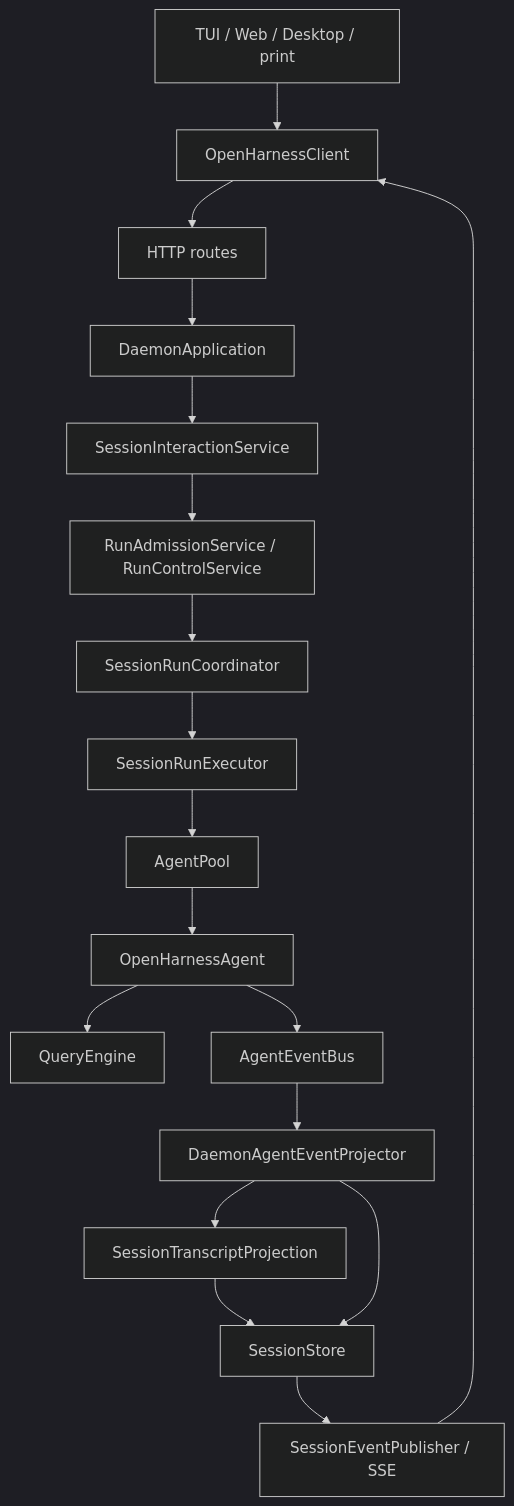
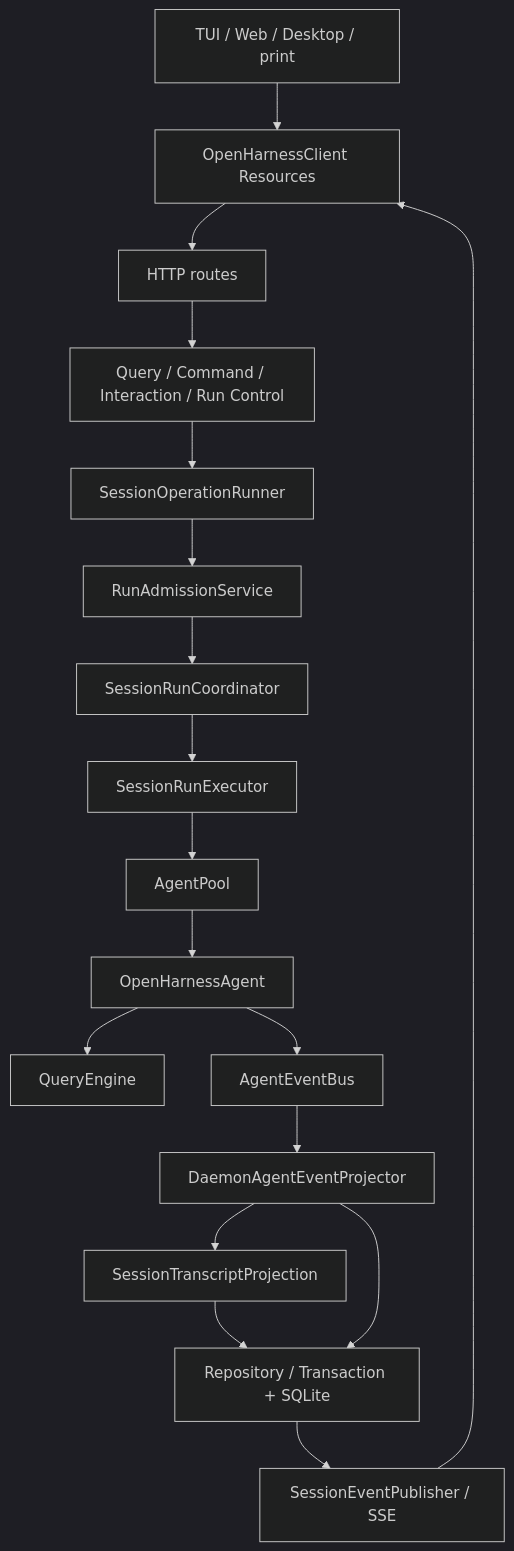
The first of 4 diagrams in docs/daemon-application-architecture.md (rzx007/Vykor), drawn with Mermaid (dark theme) before and after one commit. The commit also changed other lines of this file and 6 other files, not shown here.

````diff
--- a/docs/daemon-application-architecture.md
+++ b/docs/daemon-application-architecture.md
@@ -17,24 +17,24 @@
 ```mermaid
 flowchart TD
   Surface["TUI / Web / Desktop / print"]
-  Client["OpenHarnessClient"]
+  Client["OpenHarnessClient Resources"]
   Routes["HTTP routes"]
-  Daemon["DaemonApplication"]
-  App["SessionInteractionService"]
-  Engine["RunAdmissionService / RunControlService"]
+  App["Query / Command / Interaction / Run Control"]
+  Runner["SessionOperationRunner"]
+  Engine["RunAdmissionService"]
   Lane["SessionRunCoordinator"]
   Executor["SessionRunExecutor"]
   Pool["AgentPool"]
   Agent["OpenHarnessAgent"]
   QE["QueryEngine"]
   Events["AgentEventBus"]
   Projector["DaemonAgentEventProjector"]
   Transcript["SessionTranscriptProjection"]
-  Store["SessionStore"]
+  Store["Repository / Transaction + SQLite"]
   SSE["SessionEventPublisher / SSE"]
 
-  Surface --> Client --> Routes --> Daemon --> App --> Engine --> Lane --> Executor
+  Surface --> Client --> Routes --> App --> Runner --> Engine --> Lane --> Executor
   Executor --> Pool --> Agent --> QE
   Agent --> Events --> Projector --> Transcript --> Store --> SSE --> Client
   Projector --> Store
 ```
````
